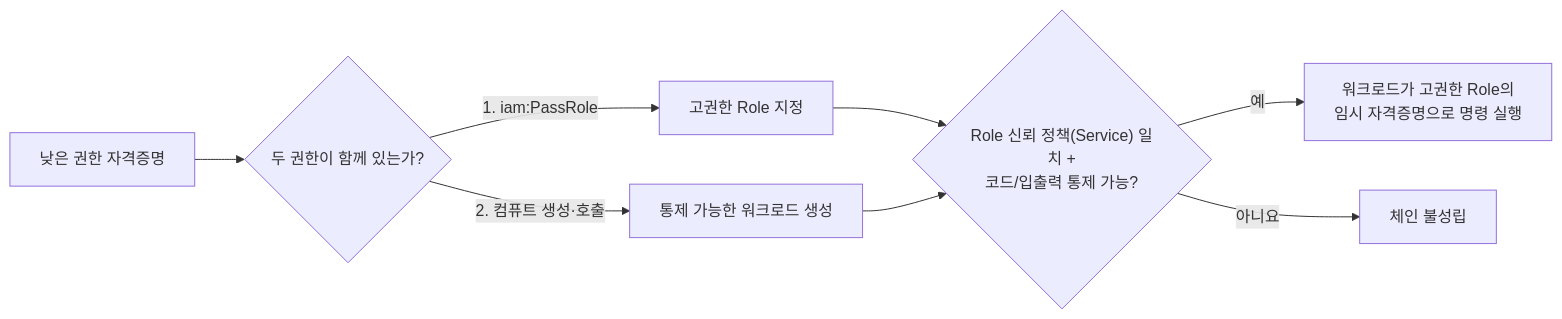
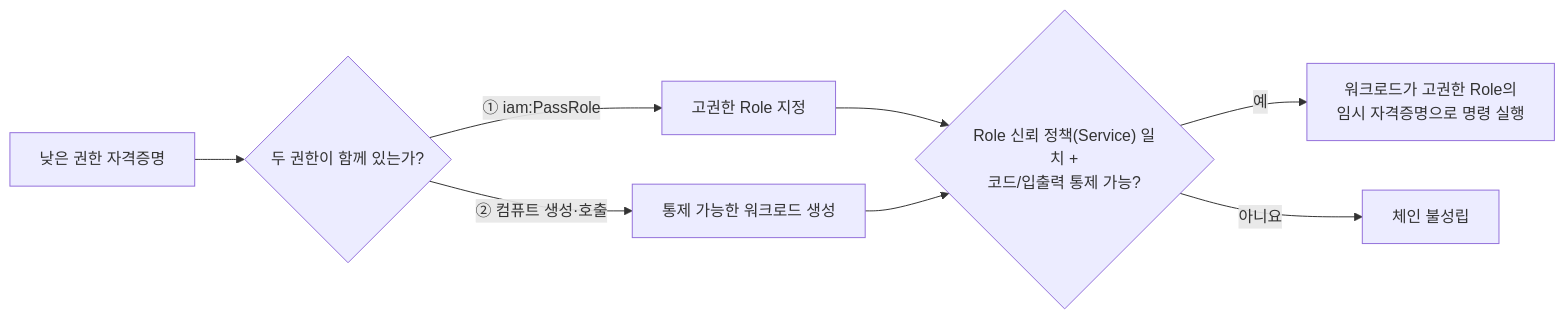
The second of 2 diagrams in content/클라우드인프라/클라우드 인프라 진단 — AWS IAM 권한상승 체인.md (gooyong-sec/gooyong-sec.github.io), drawn with Mermaid before and after one commit. The commit also changed 6 other files, not shown here.

First line of the commit message:
fix: avoid mermaid markdown-list misparse in numbered edge labels

````diff
--- a/content/클라우드인프라/클라우드 인프라 진단 — AWS IAM 권한상승 체인.md
+++ b/content/클라우드인프라/클라우드 인프라 진단 — AWS IAM 권한상승 체인.md
@@ -91,9 +91,9 @@
 ```mermaid
 flowchart LR
     A["낮은 권한 자격증명"] --> B{"두 권한이 함께 있는가?"}
-    B -->|"1. iam:PassRole"| C["고권한 Role 지정"]
-    B -->|"2. 컴퓨트 생성·호출"| D["통제 가능한 워크로드 생성"]
+    B -->|"① iam:PassRole"| C["고권한 Role 지정"]
+    B -->|"② 컴퓨트 생성·호출"| D["통제 가능한 워크로드 생성"]
     C & D --> E{"Role 신뢰 정책(Service) 일치 +<br/>코드/입출력 통제 가능?"}
     E -->|"예"| F["워크로드가 고권한 Role의<br/>임시 자격증명으로 명령 실행"]
     E -->|"아니요"| G["체인 불성립"]
 ```
````
